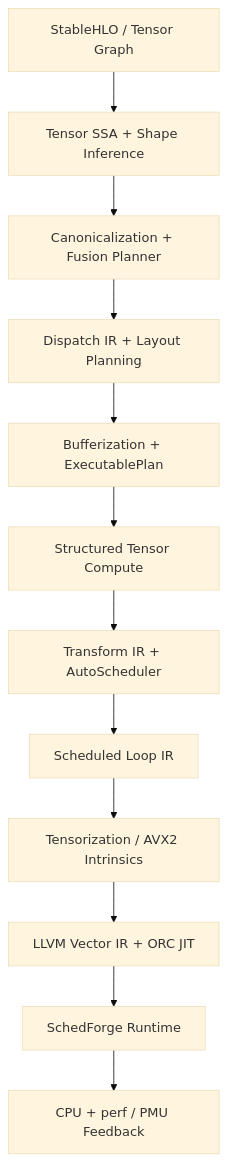
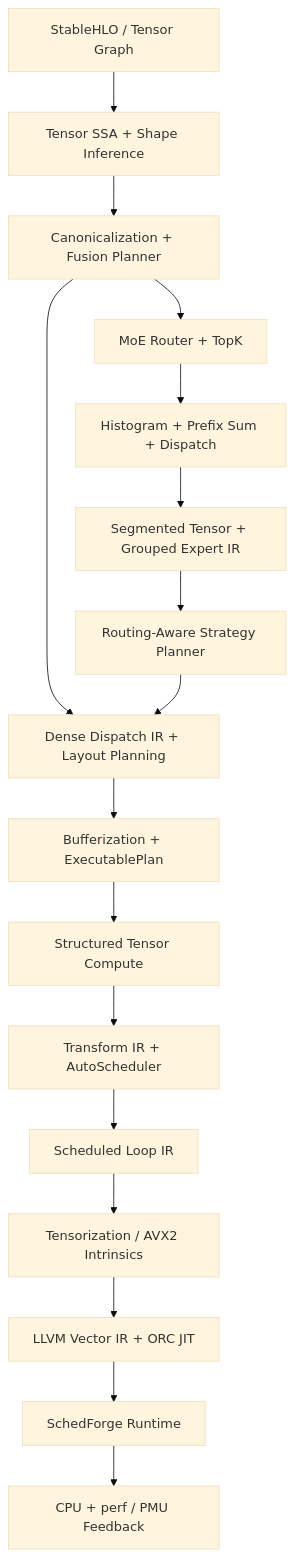
Before and after one commit to BokaiGuo/SchedForge: the diagram in README.md, drawn with Mermaid (base theme). The commit also changed other lines of this file and 22 other files, not shown here.

````diff
--- a/README.md
+++ b/README.md
@@ -31,14 +34,19 @@
 ```mermaid
 flowchart TD
     A["StableHLO / Tensor Graph"] --> B["Tensor SSA + Shape Inference"]
     B --> C["Canonicalization + Fusion Planner"]
-    C --> D["Dispatch IR + Layout Planning"]
+    C --> D["Dense Dispatch IR + Layout Planning"]
+    C --> M1["MoE Router + TopK"]
+    M1 --> M2["Histogram + Prefix Sum + Dispatch"]
+    M2 --> M3["Segmented Tensor + Grouped Expert IR"]
+    M3 --> M4["Routing-Aware Strategy Planner"]
+    M4 --> D
     D --> E["Bufferization + ExecutablePlan"]
     E --> F["Structured Tensor Compute"]
     F --> G["Transform IR + AutoScheduler"]
     G --> H["Scheduled Loop IR"]
     H --> I["Tensorization / AVX2 Intrinsics"]
     I --> J["LLVM Vector IR + ORC JIT"]
     J --> K["SchedForge Runtime"]
     K --> L["CPU + perf / PMU Feedback"]
 ```
````
